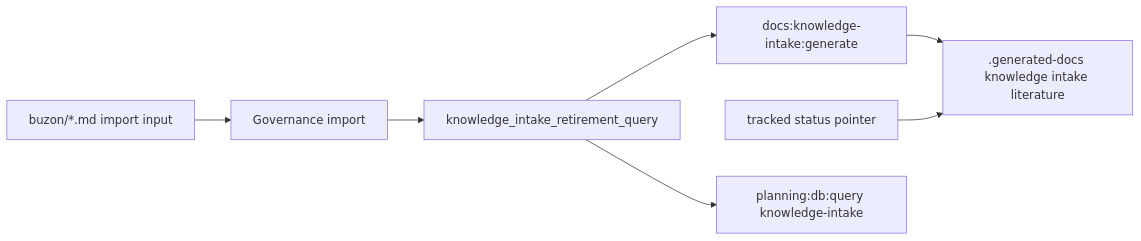
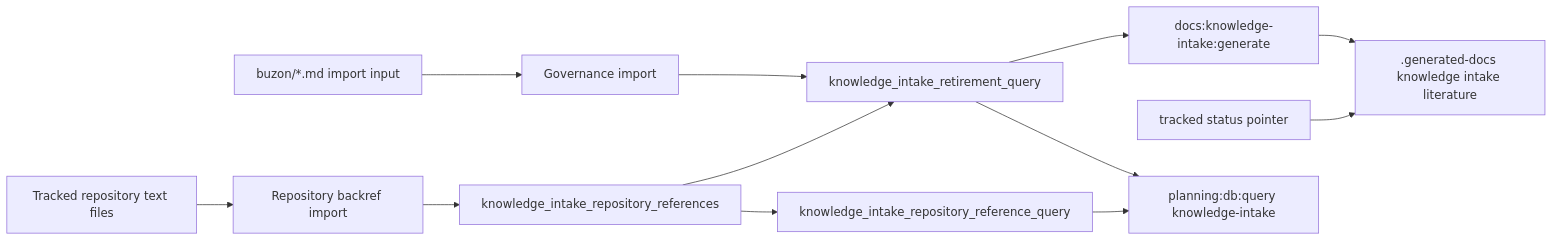
One commit to dunay2/dvt changed the second of 2 diagrams in docs/planning/proposals/mandatory/governance-and-docs/knowledge-intake-generated-literature-plan-20260604.md. Above: the diagram before and after it, drawn with Mermaid. The commit also changed other lines of this file, not shown here.

Commit message:
docs(planner): Mechanize knowledge intake repository backrefs

````diff
--- a/docs/planning/proposals/mandatory/governance-and-docs/knowledge-intake-generated-literature-plan-20260604.md
+++ b/docs/planning/proposals/mandatory/governance-and-docs/knowledge-intake-generated-literature-plan-20260604.md
@@ -54,9 +54,14 @@
 ```mermaid
 flowchart LR
   Raw["buzon/*.md import input"] --> Import["Governance import"]
+  Repository["Tracked repository text files"] --> BackrefImport["Repository backref import"]
+  BackrefImport --> Backrefs["knowledge_intake_repository_references"]
   Import --> Query["knowledge_intake_retirement_query"]
+  Backrefs --> Query
+  Backrefs --> References["knowledge_intake_repository_reference_query"]
   Query --> Generator["docs:knowledge-intake:generate"]
   Generator --> LocalDoc[".generated-docs knowledge intake literature"]
   Pointer["tracked status pointer"] --> LocalDoc
   Query --> Cli["planning:db:query knowledge-intake"]
+  References --> Cli
 ```
````
